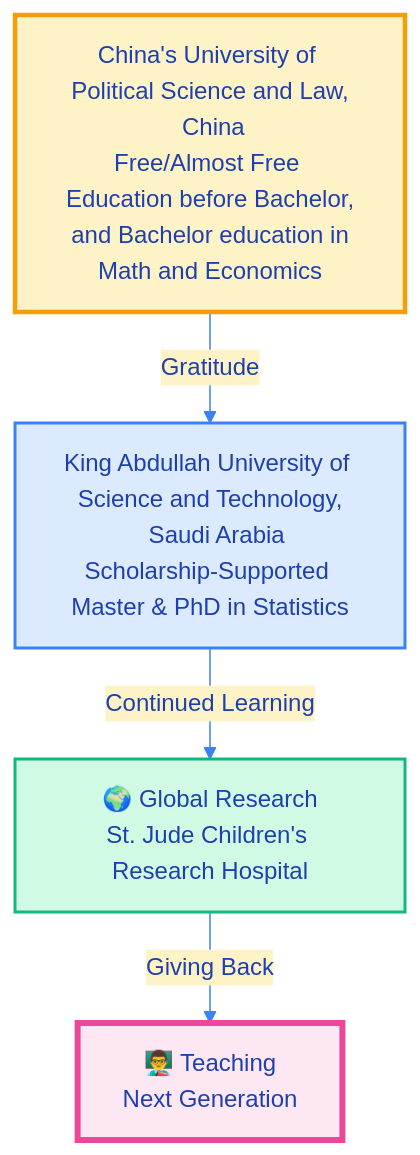
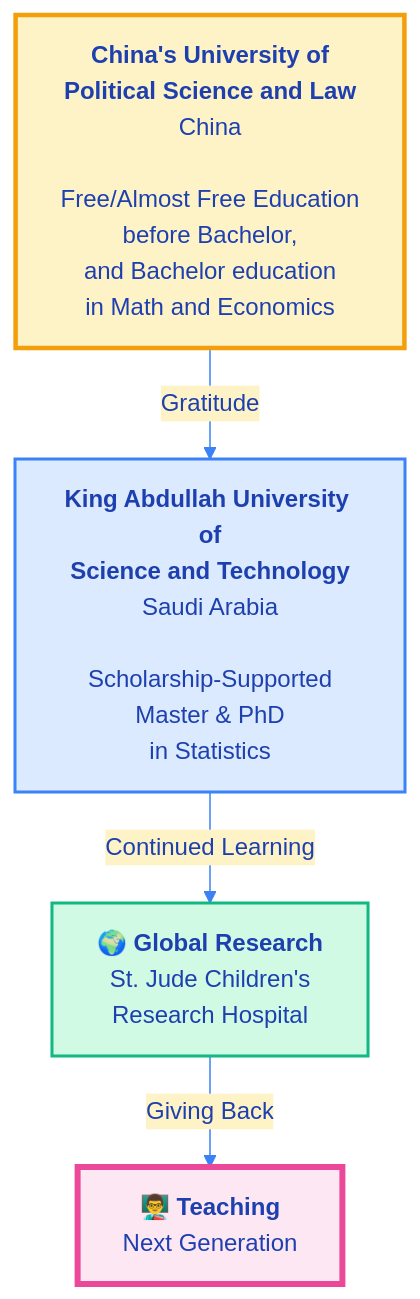
One commit to ZQU-STJUDE/teaching-philosophy-presentation changed the diagram in presentation_interview.qmd. Above: the diagram before and after it, drawn with Mermaid. The commit also changed other lines of this file and 2 other files, not shown here.

````diff
--- a/presentation_interview.qmd
+++ b/presentation_interview.qmd
@@ -2476,12 +2515,12 @@
 ```{mermaid}
-%%{init: {'theme':'base', 'themeVariables': { 'primaryColor':'#dbeafe','primaryTextColor':'#1e40af','primaryBorderColor':'#3b82f6','lineColor':'#3b82f6','secondaryColor':'#fef3c7','tertiaryColor':'#d1fae5'}}}%%
+%%{init: {'theme':'base', 'themeVariables': { 'primaryColor':'#dbeafe','primaryTextColor':'#1e40af','primaryBorderColor':'#3b82f6','lineColor':'#3b82f6','secondaryColor':'#fef3c7','tertiaryColor':'#d1fae5'}, 'flowchart': {'htmlLabels': true, 'wrappingWidth': 200}}}%%
 graph TB
-  A[China's University of Political Science and Law,<br/> China<br/>Free/Almost Free Education before Bachelor,<br/> and Bachelor education in Math and Economics] -->|Gratitude| B[ King Abdullah University of Science and Technology,<br/>  Saudi Arabia<br/>Scholarship-Supported Master & PhD in Statistics]
-  B -->|Continued Learning| C[🌍 Global Research<br/>St. Jude Children's Research Hospital]
-  C -->|Giving Back| D[👨‍🏫 Teaching<br/>Next Generation]
+  A["<b>China's University of<br/>Political Science and Law</b><br/>China<br/><br/>Free/Almost Free Education<br/>before Bachelor,<br/>and Bachelor education<br/>in Math and Economics"] -->|Gratitude| B["<b>King Abdullah University of<br/>Science and Technology</b><br/>Saudi Arabia<br/><br/>Scholarship-Supported<br/>Master & PhD<br/>in Statistics"]
+  B -->|Continued Learning| C["🌍 <b>Global Research</b><br/>St. Jude Children's<br/>Research Hospital"]
+  C -->|Giving Back| D["👨‍🏫 <b>Teaching</b><br/>Next Generation"]
     
   style A fill:#fef3c7,stroke:#f59e0b,stroke-width:3px
   style B fill:#dbeafe,stroke:#3b82f6,stroke-width:2px
   style C fill:#d1fae5,stroke:#10b981,stroke-width:2px
   style D fill:#fce7f3,stroke:#ec4899,stroke-width:4px
 ```
````
